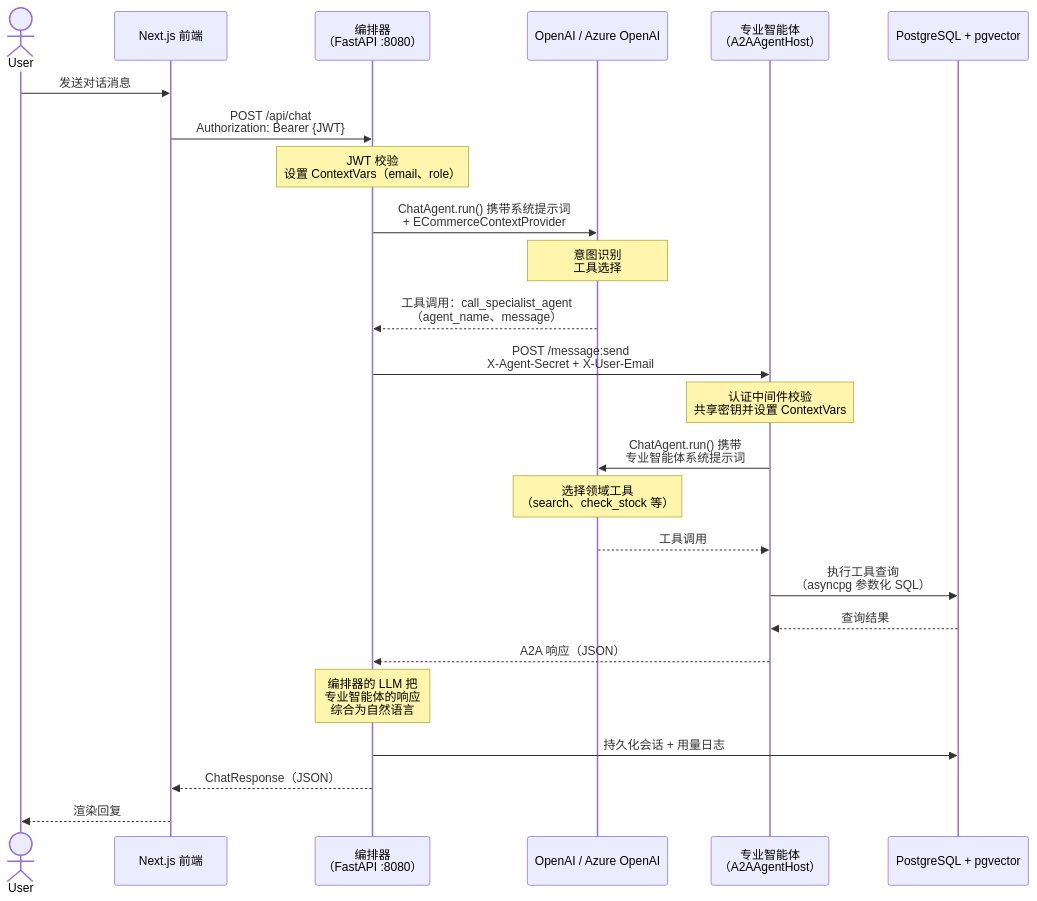
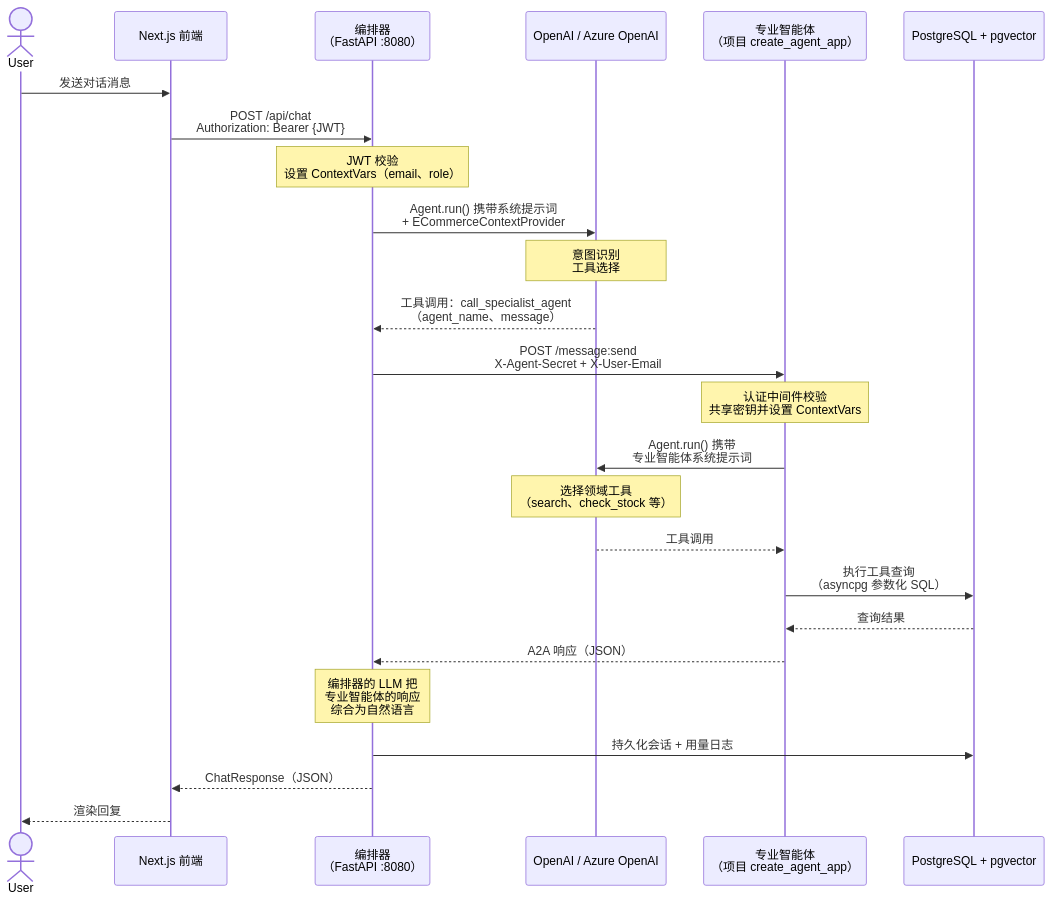
One commit to s1encisi/reliable-commerce-agents changed the third of 8 diagrams in docs/architecture.md. Above: the diagram before and after it, drawn with Mermaid. The commit also changed other lines of this file and 144 other files, not shown here.

````diff
--- a/docs/architecture.md
+++ b/docs/architecture.md
@@ -98,37 +120,37 @@
 ```mermaid
 sequenceDiagram
     actor User
     participant FE as Next.js 前端
     participant ORCH as 编排器<br/>（FastAPI :8080）
     participant LLM as OpenAI / Azure OpenAI
-    participant AGENT as 专业智能体<br/>（A2AAgentHost）
+    participant AGENT as 专业智能体<br/>（项目 create_agent_app）
     participant DB as PostgreSQL + pgvector
 
     User->>FE: 发送对话消息
     FE->>ORCH: POST /api/chat<br/>Authorization: Bearer {JWT}
 
     Note over ORCH: JWT 校验<br/>设置 ContextVars（email、role）
 
-    ORCH->>LLM: ChatAgent.run() 携带系统提示词<br/>+ ECommerceContextProvider
+    ORCH->>LLM: Agent.run() 携带系统提示词<br/>+ ECommerceContextProvider
     Note over LLM: 意图识别<br/>工具选择
 
     LLM-->>ORCH: 工具调用：call_specialist_agent<br/>（agent_name、message）
 
     ORCH->>AGENT: POST /message:send<br/>X-Agent-Secret + X-User-Email
     Note over AGENT: 认证中间件校验<br/>共享密钥并设置 ContextVars
 
-    AGENT->>LLM: ChatAgent.run() 携带<br/>专业智能体系统提示词
+    AGENT->>LLM: Agent.run() 携带<br/>专业智能体系统提示词
     Note over LLM: 选择领域工具<br/>（search、check_stock 等）
     LLM-->>AGENT: 工具调用
 
     AGENT->>DB: 执行工具查询<br/>（asyncpg 参数化 SQL）
     DB-->>AGENT: 查询结果
 
     AGENT-->>ORCH: A2A 响应（JSON）
 
     Note over ORCH: 编排器的 LLM 把<br/>专业智能体的响应<br/>综合为自然语言
 
     ORCH->>DB: 持久化会话 + 用量日志
     ORCH-->>FE: ChatResponse（JSON）
     FE-->>User: 渲染回复
 ```
````
